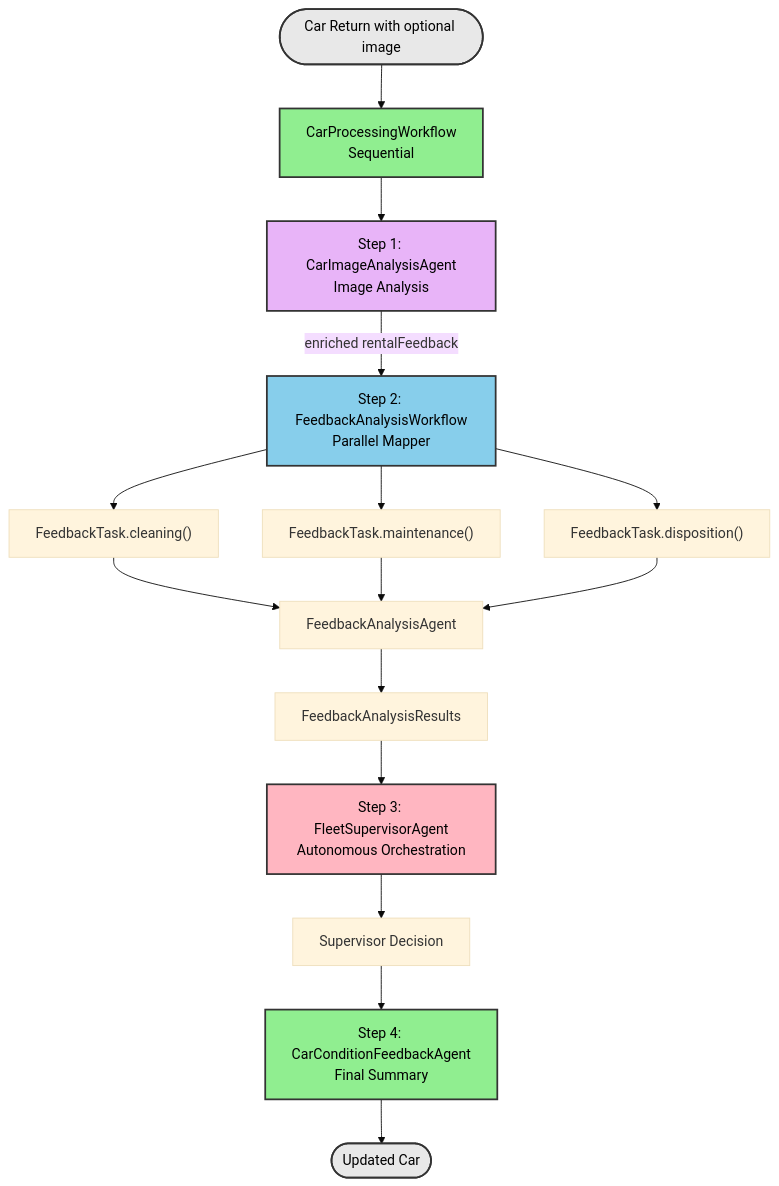
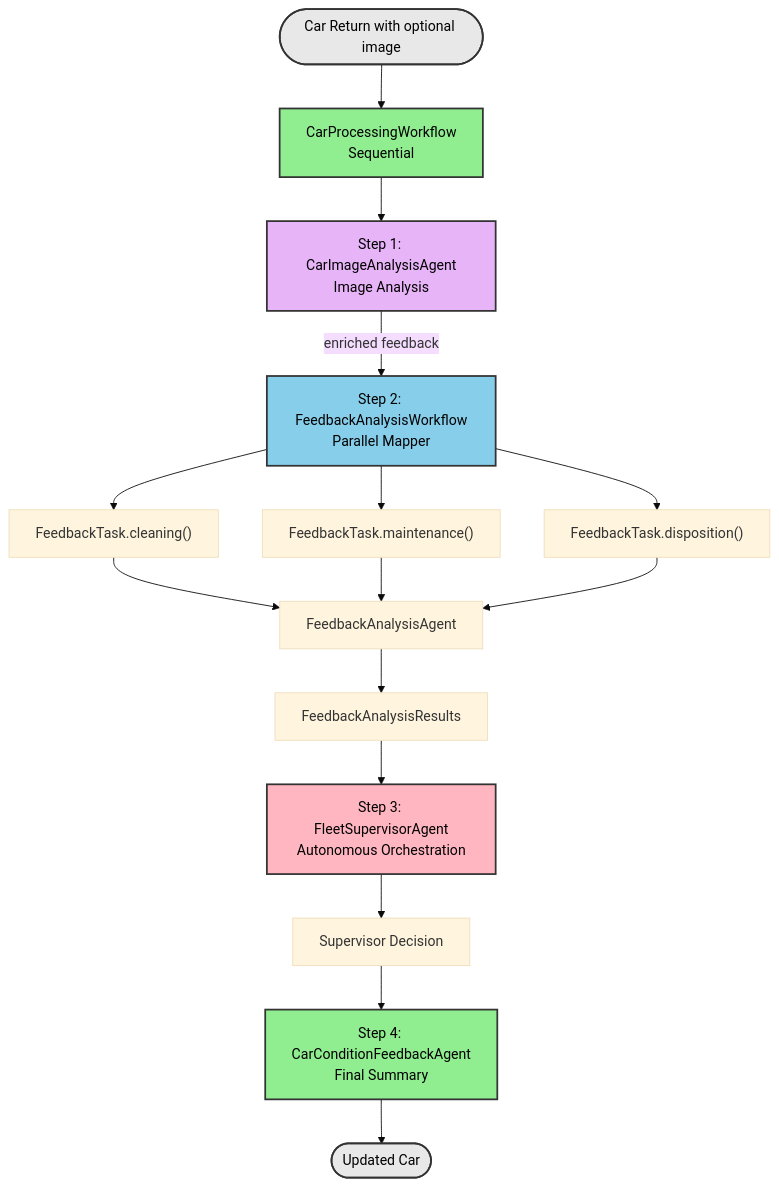
The first of 2 diagrams in docs/content/section-2/step-06.md (quarkusio/quarkus-workshop-langchain4j), drawn with Mermaid (base theme) before and after one commit. The commit also changed other lines of this file and 73 other files, not shown here.

````diff
--- a/docs/content/section-2/step-06.md
+++ b/docs/content/section-2/step-06.md
@@ -70,28 +70,28 @@
 ```mermaid
 graph TB
     Start(["Car Return with optional image"]) --> A["CarProcessingWorkflow<br/>Sequential"]
 
     A --> IMG["Step 1: CarImageAnalysisAgent<br/>Image Analysis"]
-    IMG -->|"enriched rentalFeedback"| B["Step 2: FeedbackAnalysisWorkflow<br/>Parallel Mapper"]
+    IMG -->|"enriched feedback"| B["Step 2: FeedbackAnalysisWorkflow<br/>Parallel Mapper"]
     B --> B1["FeedbackTask.cleaning()"]
     B --> B2["FeedbackTask.maintenance()"]
     B --> B3["FeedbackTask.disposition()"]
     B1 --> BA["FeedbackAnalysisAgent"]
     B2 --> BA
     B3 --> BA
     BA --> BEnd["FeedbackAnalysisResults"]
 
     BEnd --> C["Step 3: FleetSupervisorAgent<br/>Autonomous Orchestration"]
     C --> CEnd["Supervisor Decision"]
 
     CEnd --> D["Step 4: CarConditionFeedbackAgent<br/>Final Summary"]
     D --> End(["Updated Car"])
 
     style A fill:#90EE90,stroke:#333,stroke-width:2,color:#000
     style IMG fill:#E8B4F8,stroke:#333,stroke-width:2,color:#000
     style B fill:#87CEEB,stroke:#333,stroke-width:2,color:#000
     style C fill:#FFB6C1,stroke:#333,stroke-width:2,color:#000
     style D fill:#90EE90,stroke:#333,stroke-width:2,color:#000
     style Start fill:#E8E8E8,stroke:#333,stroke-width:2,color:#000
     style End fill:#E8E8E8,stroke:#333,stroke-width:2,color:#000
 ```
````
